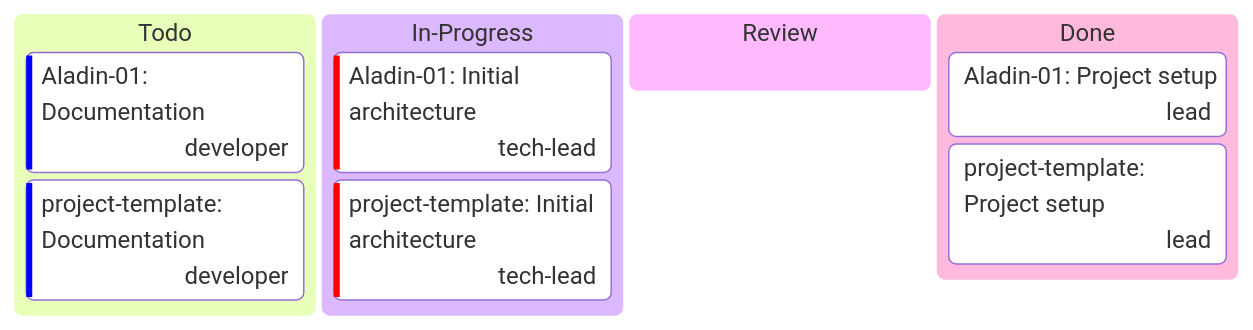
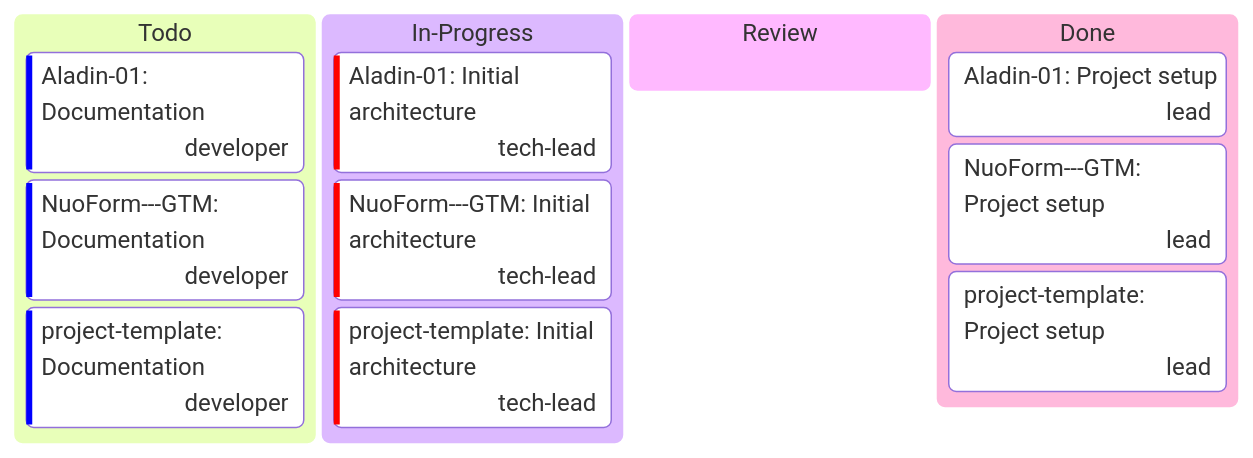
The diagram in docs/unified-kanban.md (Katty-Fashion/kf-cpto), drawn with Mermaid before and after one commit. The commit also changed other lines of this file and 5 other files, not shown here.

````diff
--- a/docs/unified-kanban.md
+++ b/docs/unified-kanban.md
@@ -15,13 +15,16 @@
 ```mermaid
 kanban
   Todo
     task3[Aladin-01: Documentation]@{ priority: 'Low', assigned: 'developer' }
-    task6[project-template: Documentation]@{ priority: 'Low', assigned: 'developer' }
+    task6[NuoForm---GTM: Documentation]@{ priority: 'Low', assigned: 'developer' }
+    task9[project-template: Documentation]@{ priority: 'Low', assigned: 'developer' }
   In-Progress
     task2[Aladin-01: Initial architecture]@{ priority: 'Very High', assigned: 'tech-lead' }
-    task5[project-template: Initial architecture]@{ priority: 'Very High', assigned: 'tech-lead' }
+    task5[NuoForm---GTM: Initial architecture]@{ priority: 'Very High', assigned: 'tech-lead' }
+    task8[project-template: Initial architecture]@{ priority: 'Very High', assigned: 'tech-lead' }
   Review
   Done
     task1[Aladin-01: Project setup]@{ assigned: 'lead' }
-    task4[project-template: Project setup]@{ assigned: 'lead' }
+    task4[NuoForm---GTM: Project setup]@{ assigned: 'lead' }
+    task7[project-template: Project setup]@{ assigned: 'lead' }
 ```
````
